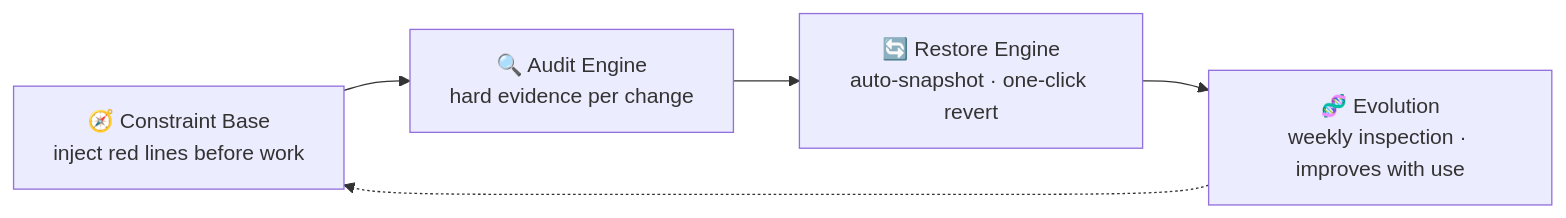
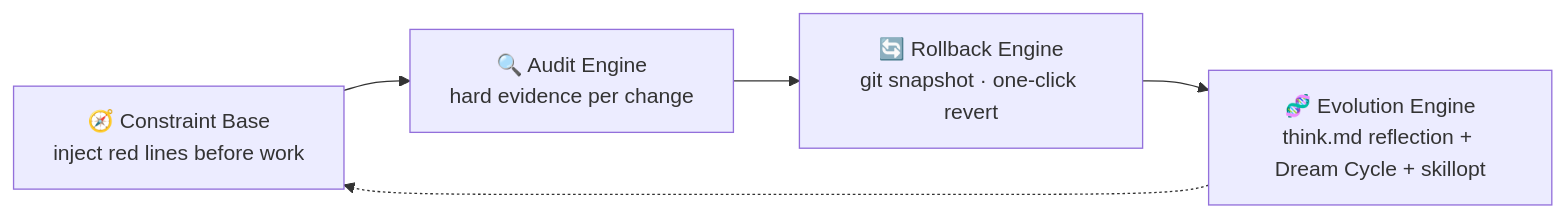
One commit to KongFangXun/sofagent changed the second of 2 diagrams in README.en.md. Above: the diagram before and after it, drawn with Mermaid. The commit also changed other lines of this file, not shown here.

````diff
--- a/README.en.md
+++ b/README.en.md
@@ -208,7 +314,7 @@
 ```mermaid
 flowchart LR
     CB[🧭 Constraint Base<br/>inject red lines before work] --> AU[🔍 Audit Engine<br/>hard evidence per change]
-    AU --> RE[🔄 Restore Engine<br/>auto-snapshot · one-click revert]
-    RE --> EV[🧬 Evolution<br/>weekly inspection · improves with use]
+    AU --> RE[🔄 Rollback Engine<br/>git snapshot · one-click revert]
+    RE --> EV[🧬 Evolution Engine<br/>think.md reflection + Dream Cycle + skillopt]
     EV -.-> CB
 ```
````
